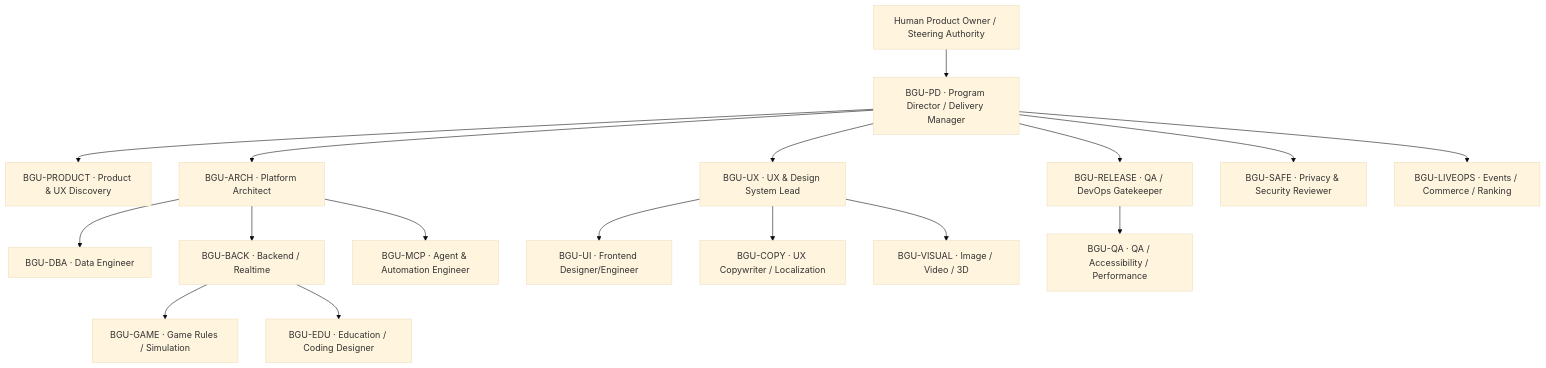
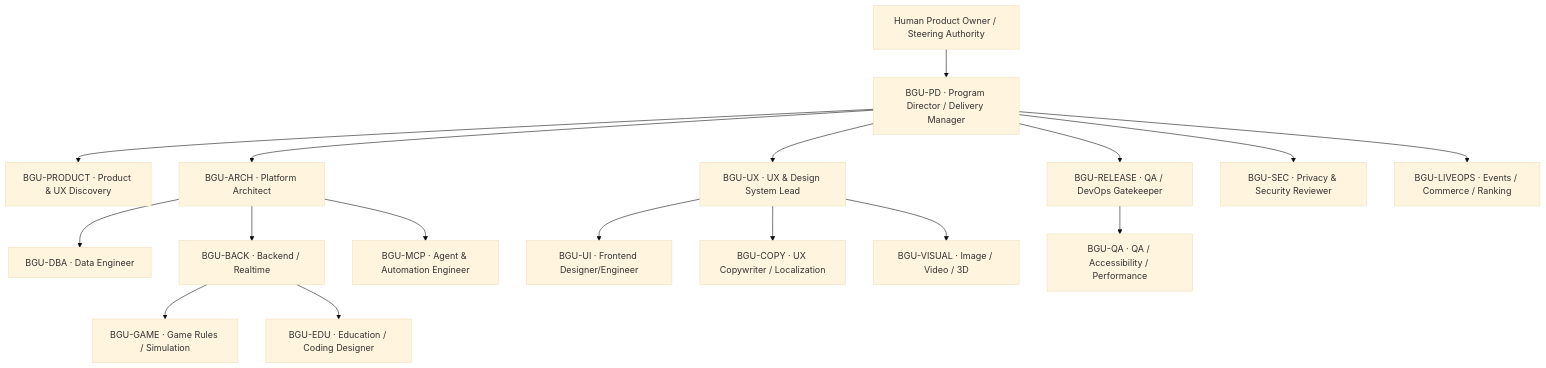
Before and after one commit to quanpl86/Board-Game-Project: the diagram in docs/agents/ROLES_AND_RACI.md, drawn with Mermaid (base theme). The commit also changed 1 other file, not shown here.

Commit message:
fix(agents): align security role identifier across registry and skill

````diff
--- a/docs/agents/ROLES_AND_RACI.md
+++ b/docs/agents/ROLES_AND_RACI.md
@@ -5,19 +5,19 @@
 ```mermaid
 flowchart TD
  H["Human Product Owner / Steering Authority"] --> PD["BGU-PD · Program Director / Delivery Manager"]
  PD --> PC["BGU-PRODUCT · Product & UX Discovery"]
  PD --> ARCH["BGU-ARCH · Platform Architect"]
  PD --> UX["BGU-UX · UX & Design System Lead"]
  PD --> REL["BGU-RELEASE · QA / DevOps Gatekeeper"]
  ARCH --> DB["BGU-DBA · Data Engineer"]
  ARCH --> BACK["BGU-BACK · Backend / Realtime"]
  ARCH --> MCP["BGU-MCP · Agent & Automation Engineer"]
  UX --> UI["BGU-UI · Frontend Designer/Engineer"]
  UX --> CONTENT["BGU-COPY · UX Copywriter / Localization"]
  UX --> CREATIVE["BGU-VISUAL · Image / Video / 3D"]
  BACK --> GAME["BGU-GAME · Game Rules / Simulation"]
  BACK --> EDU["BGU-EDU · Education / Coding Designer"]
- PD --> SAFE["BGU-SAFE · Privacy & Security Reviewer"]
+ PD --> SAFE["BGU-SEC · Privacy & Security Reviewer"]
  REL --> QA["BGU-QA · QA / Accessibility / Performance"]
  PD --> LIVE["BGU-LIVEOPS · Events / Commerce / Ranking"]
 ```
````
